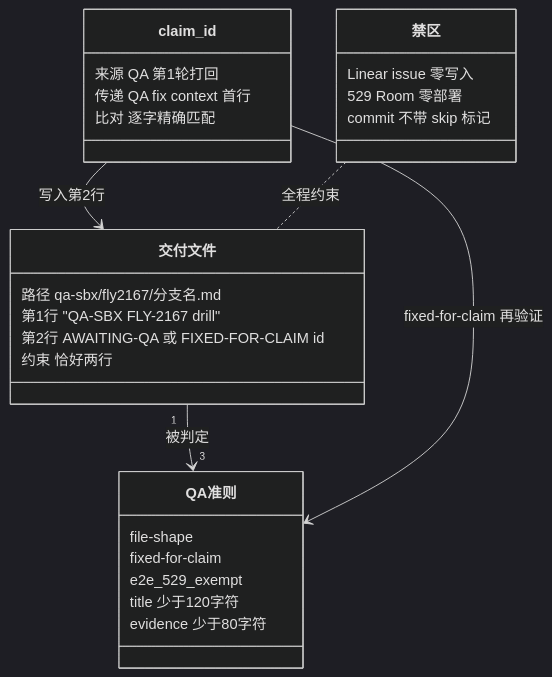
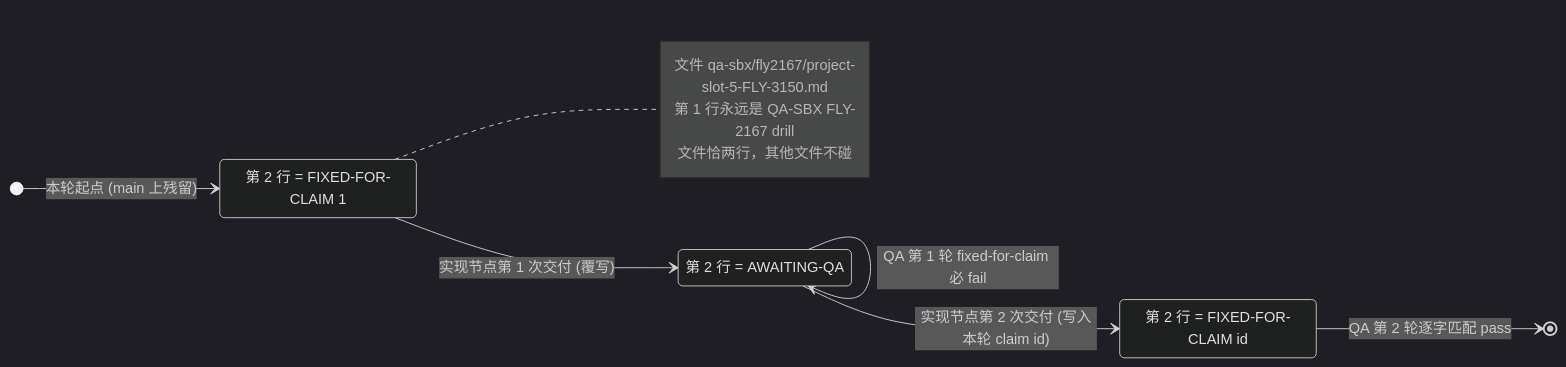
Before and after one commit to xrliAnnie/flywheel-qa-sandbox: the diagram in engineering/doc/FLY-3150-real-runner-drill/diagram-2-data.mmd, drawn with Mermaid (dark theme). The commit also changed 4 other files, not shown here.

Commit message:
docs(FLY-3150): founder design HTML + mermaid diagrams (second run)

```diff
--- a/engineering/doc/FLY-3150-real-runner-drill/diagram-2-data.mmd
+++ b/engineering/doc/FLY-3150-real-runner-drill/diagram-2-data.mmd
@@ -1,28 +1,15 @@
-classDiagram
-    class 交付文件 {
-        路径 qa-sbx/fly2167/分支名.md
-        第1行 "QA-SBX FLY-2167 drill"
-        第2行 AWAITING-QA 或 FIXED-FOR-CLAIM id
-        约束 恰好两行
-    }
-    class QA准则 {
-        file-shape
-        fixed-for-claim
-        e2e_529_exempt
-        title 少于120字符
-        evidence 少于80字符
-    }
-    class claim_id {
-        来源 QA 第1轮打回
-        传递 QA fix context 首行
-        比对 逐字精确匹配
-    }
-    class 禁区 {
-        Linear issue 零写入
-        529 Room 零部署
-        commit 不带 skip 标记
-    }
-    交付文件 "1" --> "3" QA准则 : 被判定
-    claim_id --> 交付文件 : 写入第2行
-    claim_id --> QA准则 : fixed-for-claim 再验证
-    禁区 .. 交付文件 : 全程约束
+stateDiagram-v2
+    direction LR
+    [*] --> Stale: 本轮起点 (main 上残留)
+    Stale: 第 2 行 = FIXED-FOR-CLAIM 1
+    Stale --> Awaiting: 实现节点第 1 次交付 (覆写)
+    Awaiting: 第 2 行 = AWAITING-QA
+    Awaiting --> Awaiting: QA 第 1 轮 fixed-for-claim 必 fail
+    Awaiting --> Fixed: 实现节点第 2 次交付 (写入本轮 claim id)
+    Fixed: 第 2 行 = FIXED-FOR-CLAIM id
+    Fixed --> [*]: QA 第 2 轮逐字匹配 pass
+    note right of Stale
+        文件 qa-sbx/fly2167/project-slot-5-FLY-3150.md
+        第 1 行永远是 QA-SBX FLY-2167 drill
+        文件恰两行，其他文件不碰
+    end note
```
